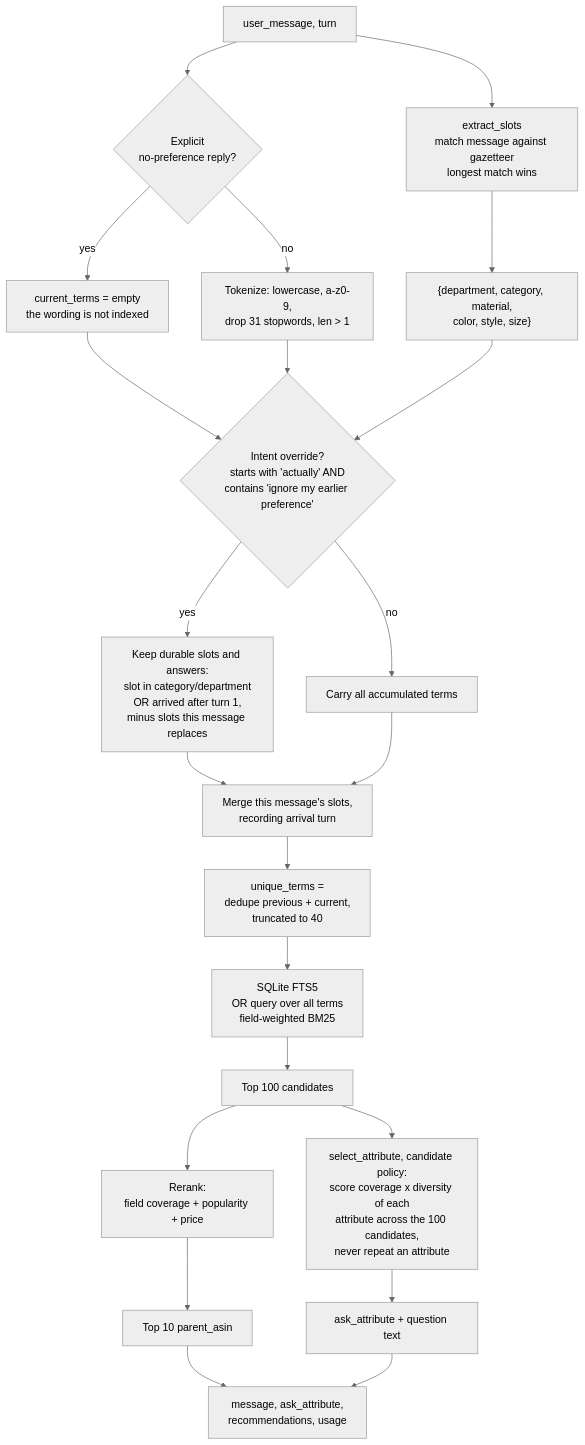
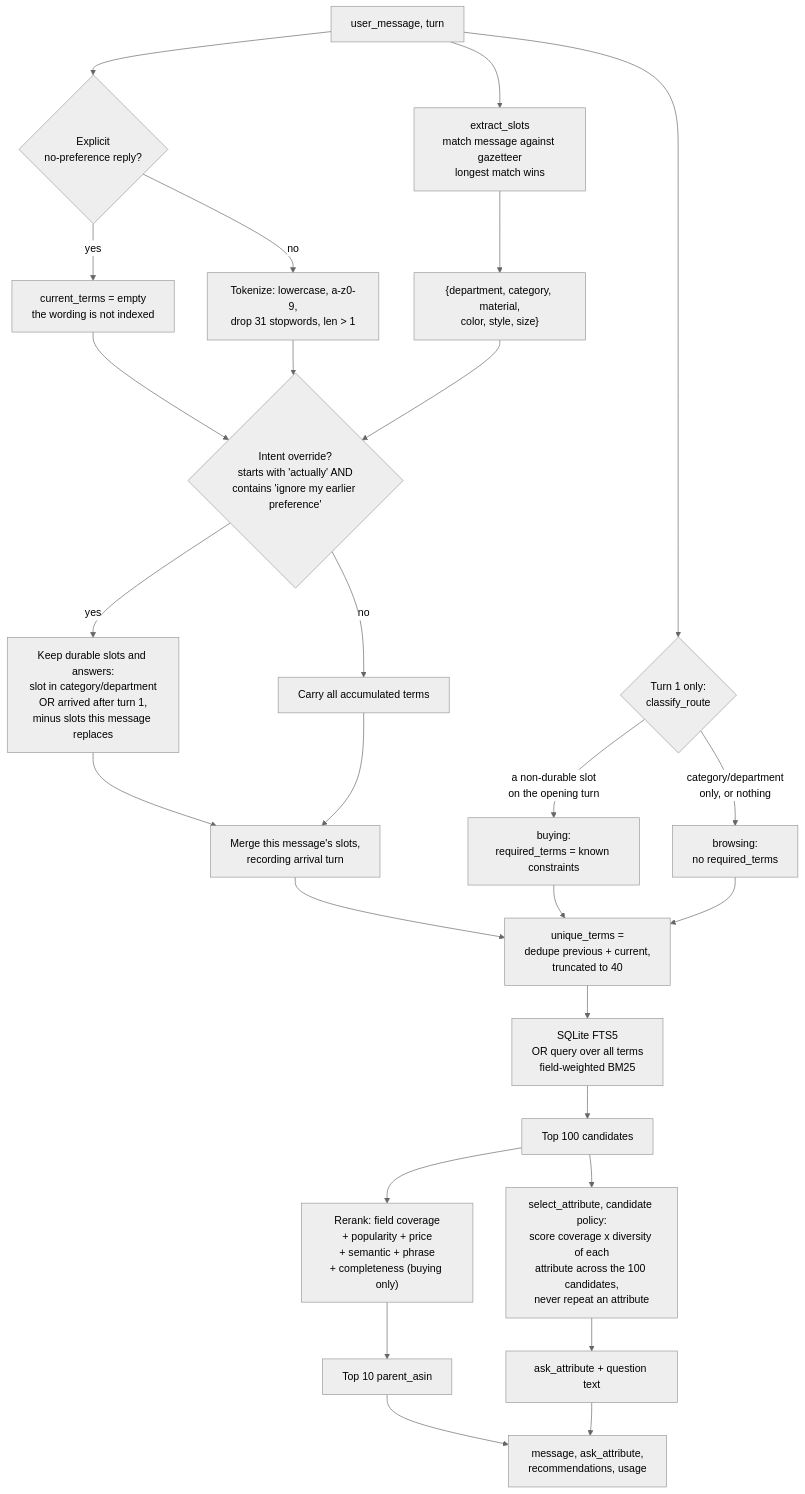
The first of 4 diagrams in docs/ARCHITECTURE.md (CHAN1203/TechJam-Conversational-Search), drawn with Mermaid (neutral theme) before and after one commit. The commit also changed other lines of this file and 3 other files, not shown here.

````diff
--- a/docs/ARCHITECTURE.md
+++ b/docs/ARCHITECTURE.md
@@ -13,33 +21,39 @@
 ```mermaid
 flowchart TD
     IN["user_message, turn"] --> NEG{"Explicit<br/>no-preference reply?"}
 
     NEG -->|yes| EMPTY["current_terms = empty<br/>the wording is not indexed"]
     NEG -->|no| TOK["Tokenize: lowercase, a-z0-9,<br/>drop 31 stopwords, len &gt; 1"]
 
     IN --> SLOT["extract_slots<br/>match message against gazetteer<br/>longest match wins"]
     SLOT --> SLOTOUT["{department, category, material,<br/>color, style, size}"]
 
     EMPTY --> OV
     TOK --> OV
     SLOTOUT --> OV
 
     OV{"Intent override?<br/>starts with 'actually' AND<br/>contains 'ignore my earlier preference'"}
     OV -->|yes| KEEP["Keep durable slots and answers:<br/>slot in category/department<br/>OR arrived after turn 1,<br/>minus slots this message replaces"]
     OV -->|no| CARRY["Carry all accumulated terms"]
 
     KEEP --> MERGE
     CARRY --> MERGE
     MERGE["Merge this message's slots,<br/>recording arrival turn"] --> CAP["unique_terms =<br/>dedupe previous + current,<br/>truncated to 40"]
 
+    IN --> ROUTE{"Turn 1 only:<br/>classify_route"}
+    ROUTE -->|"a non-durable slot<br/>on the opening turn"| BUY["buying:<br/>required_terms = known constraints"]
+    ROUTE -->|"category/department<br/>only, or nothing"| BROWSE["browsing:<br/>no required_terms"]
+    BUY --> CAP
+    BROWSE --> CAP
+
     CAP --> BM25["SQLite FTS5<br/>OR query over all terms<br/>field-weighted BM25"]
     BM25 --> POOL["Top 100 candidates"]
-    POOL --> RANK["Rerank:<br/>field coverage + popularity + price"]
+    POOL --> RANK["Rerank: field coverage<br/>+ popularity + price<br/>+ semantic + phrase<br/>+ completeness (buying only)"]
     RANK --> TOP10["Top 10 parent_asin"]
 
     POOL --> CLAR["select_attribute, candidate policy:<br/>score coverage x diversity of each<br/>attribute across the 100 candidates,<br/>never repeat an attribute"]
     CLAR --> ASK["ask_attribute + question text"]
 
     TOP10 --> OUT["message, ask_attribute,<br/>recommendations, usage"]
     ASK --> OUT
 ```
````
